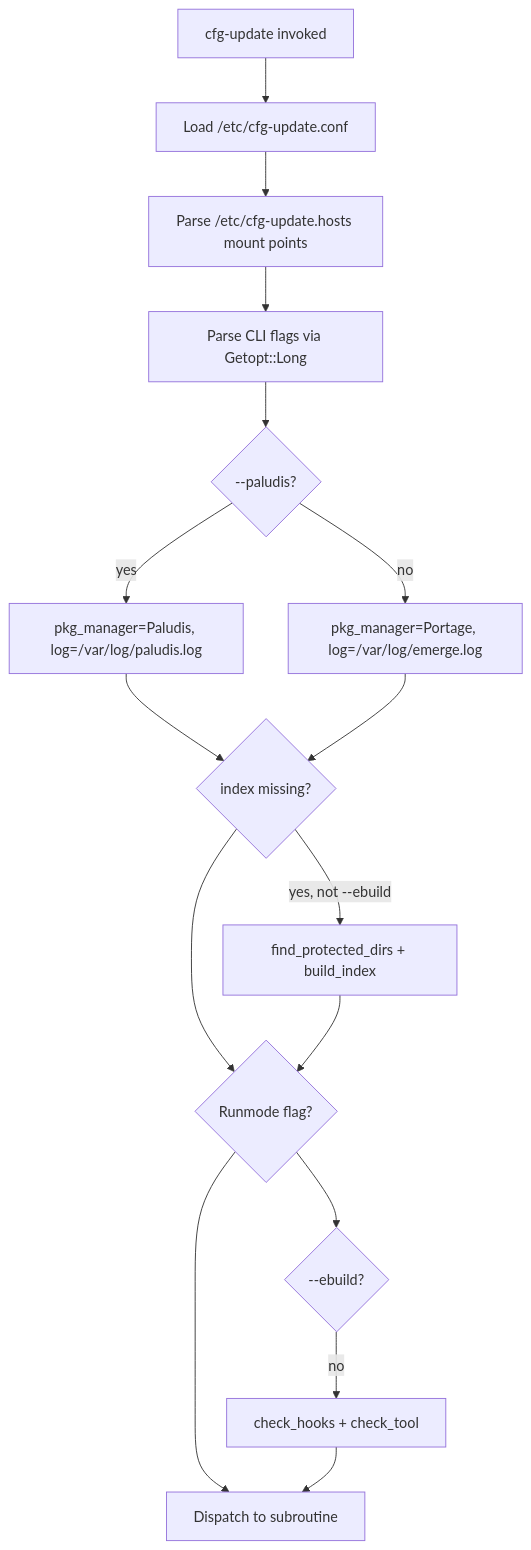
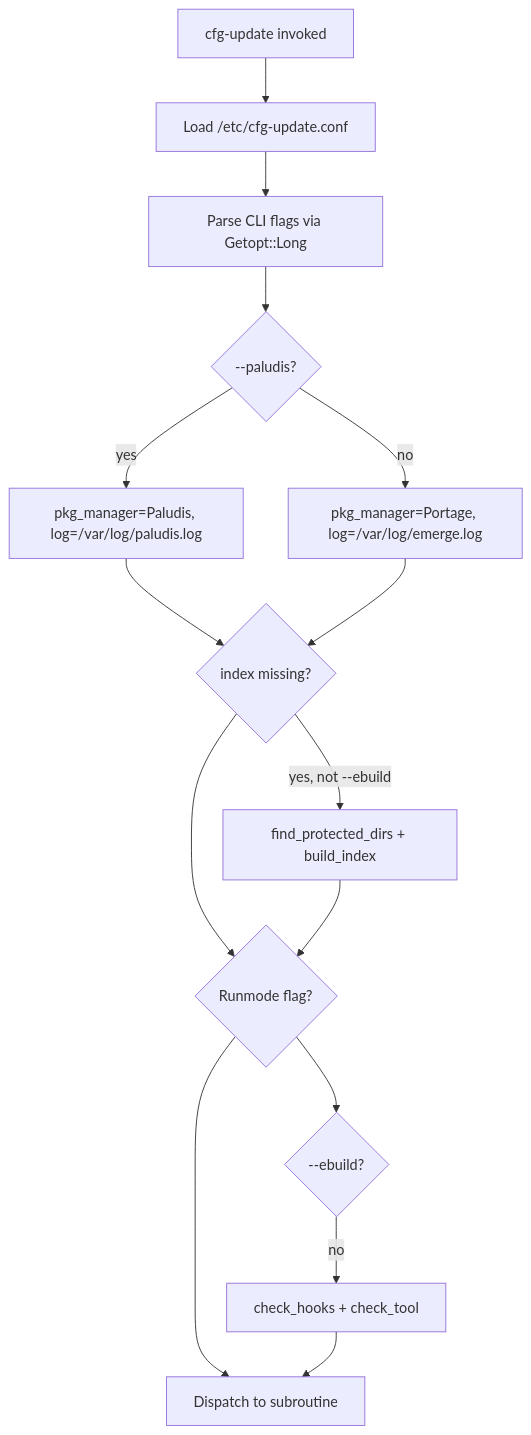
The diagram in docs/INVENTORY.md (rich0/cfg-update), drawn with Mermaid before and after one commit. The commit also changed other lines of this file and 11 other files, not shown here.

````diff
--- a/docs/INVENTORY.md
+++ b/docs/INVENTORY.md
@@ -49,18 +48,17 @@
 ```mermaid
 flowchart TD
     start[cfg-update invoked] --> loadConf[Load /etc/cfg-update.conf]
-    loadConf --> loadHosts[Parse /etc/cfg-update.hosts mount points]
-    loadHosts --> parseArgs[Parse CLI flags via Getopt::Long]
+    loadConf --> parseArgs[Parse CLI flags via Getopt::Long]
     parseArgs --> paludisOpt{--paludis?}
     paludisOpt -->|yes| setPaludis[pkg_manager=Paludis, log=/var/log/paludis.log]
     paludisOpt -->|no| setPortage[pkg_manager=Portage, log=/var/log/emerge.log]
     setPaludis --> indexMissing{index missing?}
     setPortage --> indexMissing
     indexMissing -->|yes, not --ebuild| buildIndex[find_protected_dirs + build_index]
     indexMissing --> dispatch
     buildIndex --> dispatch
     dispatch{Runmode flag?} --> runmode[Dispatch to subroutine]
     dispatch --> hooks{--ebuild?}
     hooks -->|no| checkHooks[check_hooks + check_tool]
     checkHooks --> runmode
 ```
````
